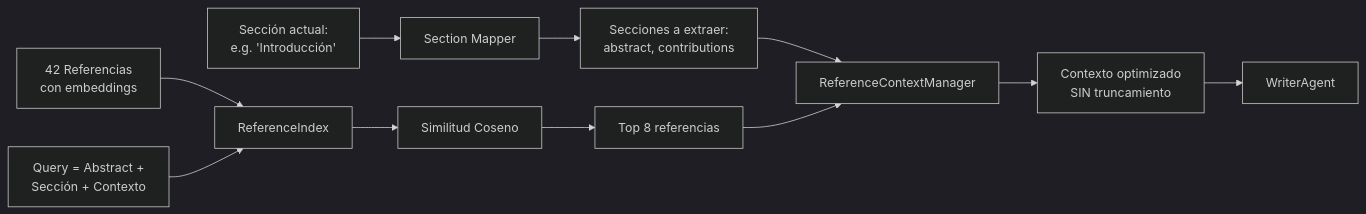
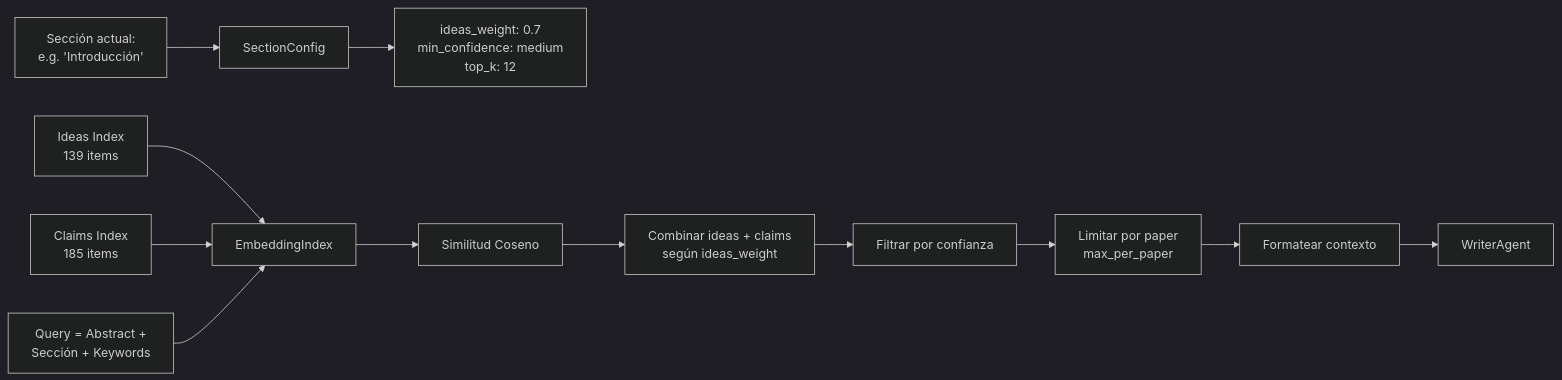
The second of 6 diagrams in docs/architecture.md (mikelval82/TheAiWriter), drawn with Mermaid (dark theme) before and after one commit. The commit also changed other lines of this file and 5 other files, not shown here.

First line of the commit message:
feat: Add EnhancedContextManager with ideas/claims indices

````diff
--- a/docs/architecture.md
+++ b/docs/architecture.md
@@ -45,16 +52,16 @@
 ```mermaid
 flowchart LR
-    A[Sección actual:<br/>e.g. 'Introducción'] --> B[Section Mapper]
-    B --> C[Secciones a extraer:<br/>abstract, contributions]
+    A[Sección actual:<br/>e.g. 'Introducción'] --> B[SectionConfig]
+    B --> C[ideas_weight: 0.7<br/>min_confidence: medium<br/>top_k: 12]
     
-    D[42 Referencias<br/>con embeddings] --> E[ReferenceIndex]
+    D[Ideas Index<br/>139 items] --> E[EmbeddingIndex]
+    F[Claims Index<br/>185 items] --> E
     
-    F[Query = Abstract +<br/>Sección + Contexto] --> E
-    E --> G[Similitud Coseno]
-    G --> H[Top 8 referencias]
-    
-    C --> I[ReferenceContextManager]
-    H --> I
-    I --> J[Contexto optimizado<br/>SIN truncamiento]
-    J --> K[WriterAgent]
+    G[Query = Abstract +<br/>Sección + Keywords] --> E
+    E --> H[Similitud Coseno]
+    H --> I[Combinar ideas + claims<br/>según ideas_weight]
+    I --> J[Filtrar por confianza]
+    J --> K[Limitar por paper<br/>max_per_paper]
+    K --> L[Formatear contexto]
+    L --> M[WriterAgent]
 ```
````
